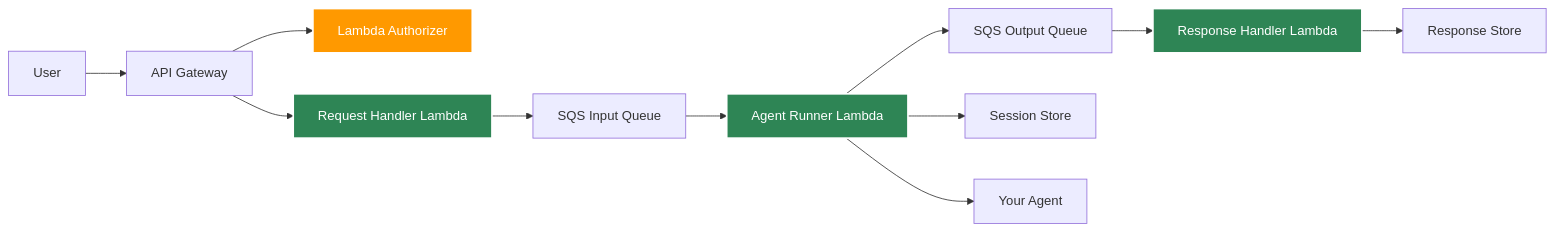
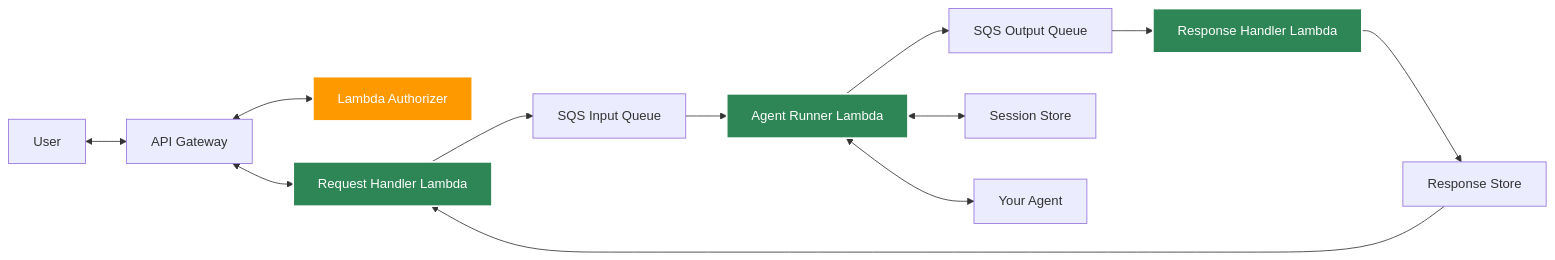
One commit to yaalalabs/agent-kernel changed the second of 3 diagrams in docs/docs/deployment/aws-serverless.md. Above: the diagram before and after it, drawn with Mermaid. The commit also changed other lines of this file, not shown here.

````diff
--- a/docs/docs/deployment/aws-serverless.md
+++ b/docs/docs/deployment/aws-serverless.md
@@ -11,18 +28,23 @@
 ```mermaid
 graph LR
-    A[User] --> B[API Gateway]
-    B --> C[Lambda Authorizer]
-    B --> D[Request Handler Lambda]
+    A[User] <--> B[API Gateway]
+    B <--> C[Lambda Authorizer]
+    B <--> D[Request Handler Lambda]
+    
     D --> E[SQS Input Queue]
     E --> F[Agent Runner Lambda]
+    
     F --> G[SQS Output Queue]
     G --> H[Response Handler Lambda]
+    
     H --> I[Response Store]
-    F --> J[Session Store]
-    F --> K[Your Agent]
+    I --> D
+    
+    F <--> J[Session Store]
+    F <--> K[Your Agent]
     
     style C fill:#ff9900,stroke:#fff,stroke-width:2px,color:#fff
     style D fill:#2e8555,stroke:#fff,stroke-width:2px,color:#fff
     style F fill:#2e8555,stroke:#fff,stroke-width:2px,color:#fff
     style H fill:#2e8555,stroke:#fff,stroke-width:2px,color:#fff
 ```
````
